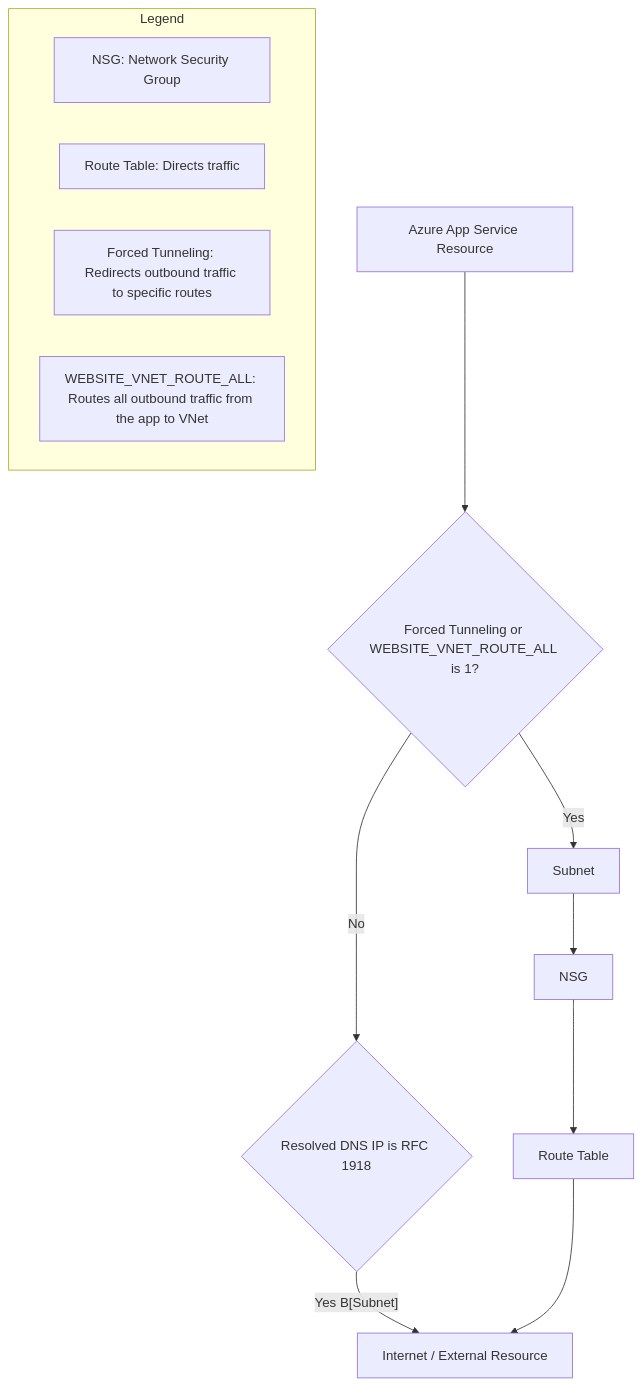
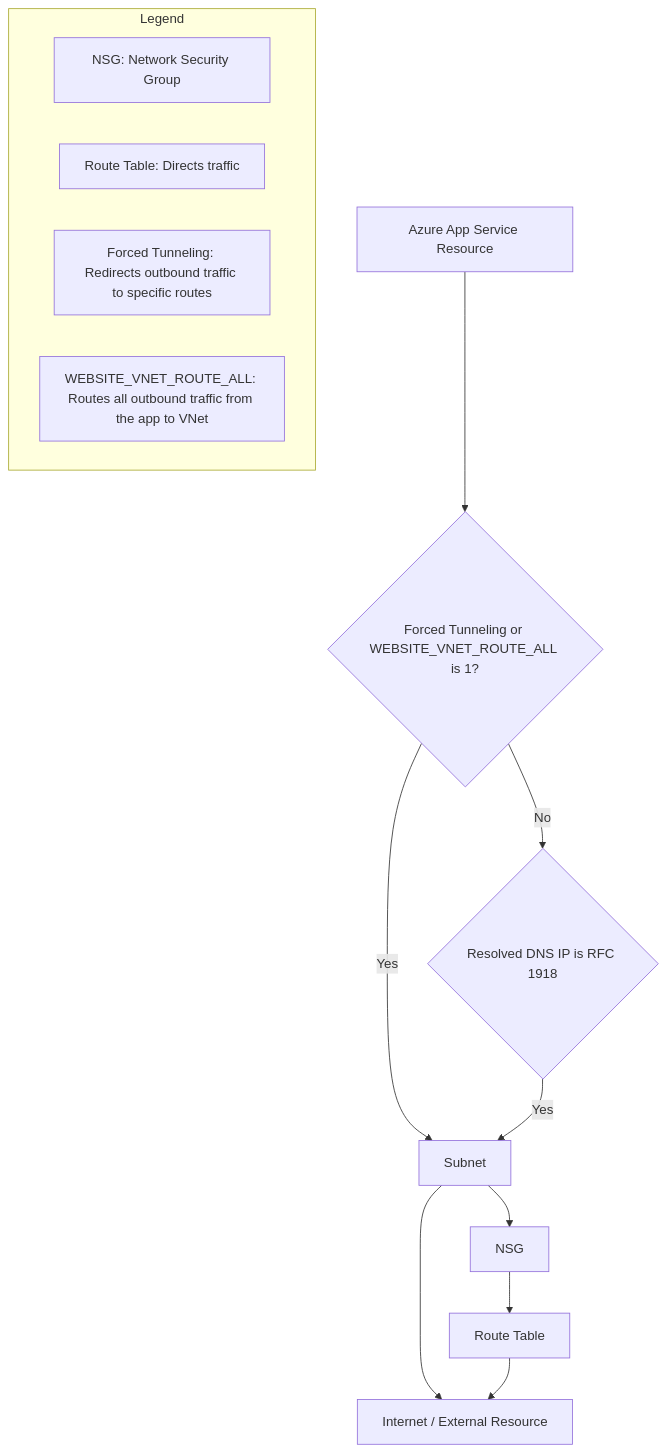
One commit to matt5689/AzureDeployTest changed the diagram in README.md. Above: the diagram before and after it, drawn with Mermaid.

````diff
--- a/README.md
+++ b/README.md
@@ -6,18 +6,18 @@
 ```mermaid
 graph TD
     A[Azure App Service Resource] --> F{Forced Tunneling or WEBSITE_VNET_ROUTE_ALL is 1?}
     F -- Yes --> B[Subnet]
     F -- No --> G{Resolved DNS IP is RFC 1918}
-    G -- Yes B[Subnet]--> E[Internet / External Resource]
+    G -- Yes --> B[Subnet]--> E[Internet / External Resource]
     B --> C[NSG]
     C --> D[Route Table]
     D --> E[Internet / External Resource]
 
     %% Legend
     subgraph Legend
         L1[NSG: Network Security Group]
         L2[Route Table: Directs traffic]
         L3[Forced Tunneling: Redirects outbound traffic to specific routes]
         L4[WEBSITE_VNET_ROUTE_ALL: Routes all outbound traffic from the app to VNet]
     end
 ```
````
